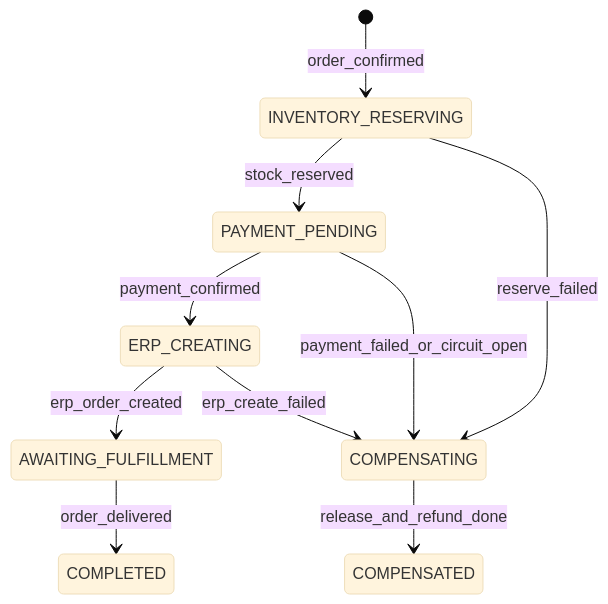
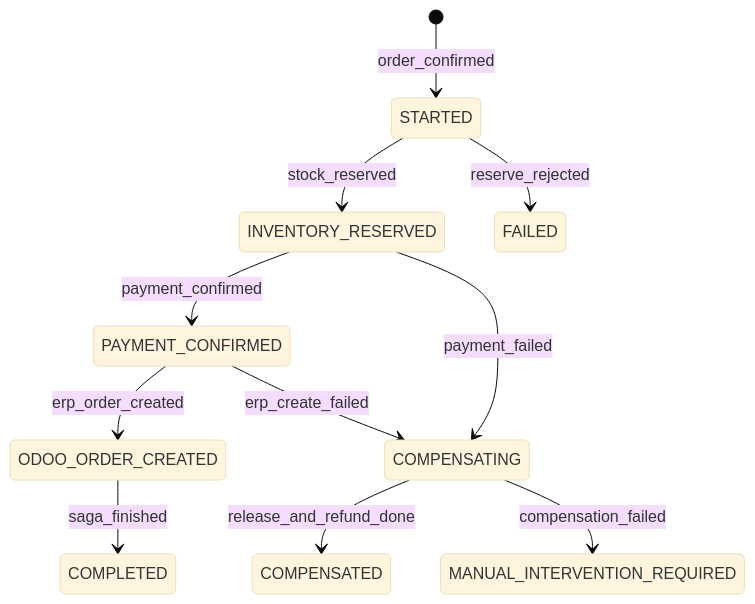
The fourth of 7 diagrams in Distributed/docs/architecture.md (salehewais/senior), drawn with Mermaid (base theme) before and after one commit. The commit also changed other lines of this file and 187 other files, not shown here.

````diff
--- a/Distributed/docs/architecture.md
+++ b/Distributed/docs/architecture.md
@@ -173,12 +175,13 @@
 ```mermaid
 stateDiagram-v2
-  [*] --> INVENTORY_RESERVING: order_confirmed
-  INVENTORY_RESERVING --> PAYMENT_PENDING: stock_reserved
-  PAYMENT_PENDING --> ERP_CREATING: payment_confirmed
-  ERP_CREATING --> AWAITING_FULFILLMENT: erp_order_created
-  AWAITING_FULFILLMENT --> COMPLETED: order_delivered
-  INVENTORY_RESERVING --> COMPENSATING: reserve_failed
-  PAYMENT_PENDING --> COMPENSATING: payment_failed_or_circuit_open
-  ERP_CREATING --> COMPENSATING: erp_create_failed
+  [*] --> STARTED: order_confirmed
+  STARTED --> INVENTORY_RESERVED: stock_reserved
+  INVENTORY_RESERVED --> PAYMENT_CONFIRMED: payment_confirmed
+  PAYMENT_CONFIRMED --> ODOO_ORDER_CREATED: erp_order_created
+  ODOO_ORDER_CREATED --> COMPLETED: saga_finished
+  STARTED --> FAILED: reserve_rejected
+  INVENTORY_RESERVED --> COMPENSATING: payment_failed
+  PAYMENT_CONFIRMED --> COMPENSATING: erp_create_failed
   COMPENSATING --> COMPENSATED: release_and_refund_done
+  COMPENSATING --> MANUAL_INTERVENTION_REQUIRED: compensation_failed
 ```
````
